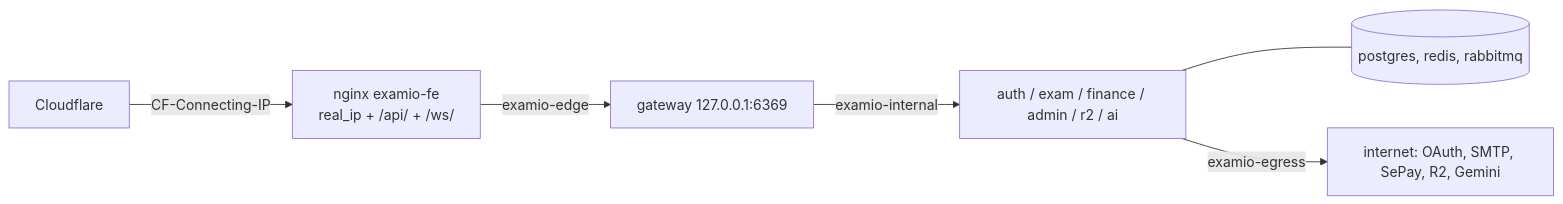
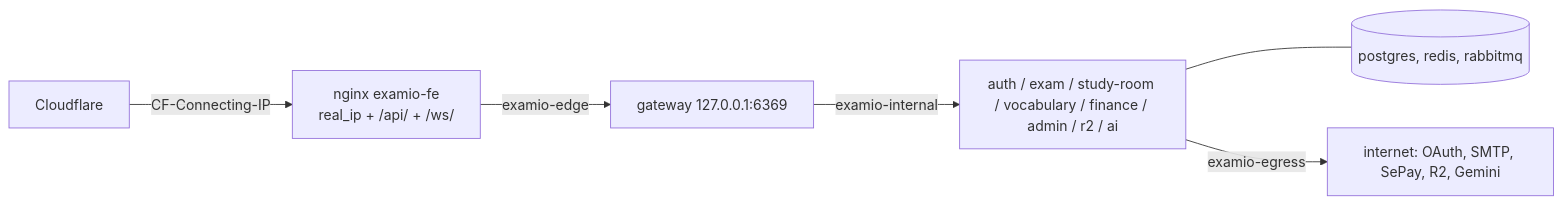
The ninth of 9 diagrams in docs/system/architecture.md (tgiap04/examio), drawn with Mermaid before and after one commit. The commit also changed other lines of this file and 12 other files, not shown here.

Commit message:
docs: document the study-room and vocabulary services

````diff
--- a/docs/system/architecture.md
+++ b/docs/system/architecture.md
@@ -493,8 +520,8 @@
 ```mermaid
 graph LR
     CF[Cloudflare] -->|CF-Connecting-IP| NGX[nginx examio-fe<br/>real_ip + /api/ + /ws/]
     NGX -->|examio-edge| GW[gateway 127.0.0.1:6369]
-    GW -->|examio-internal| SVC[auth / exam / finance / admin / r2 / ai]
+    GW -->|examio-internal| SVC[auth / exam / study-room / vocabulary / finance / admin / r2 / ai]
     SVC --- DATA[(postgres, redis, rabbitmq)]
     SVC -->|examio-egress| NET[internet: OAuth, SMTP, SePay, R2, Gemini]
 ```
````
